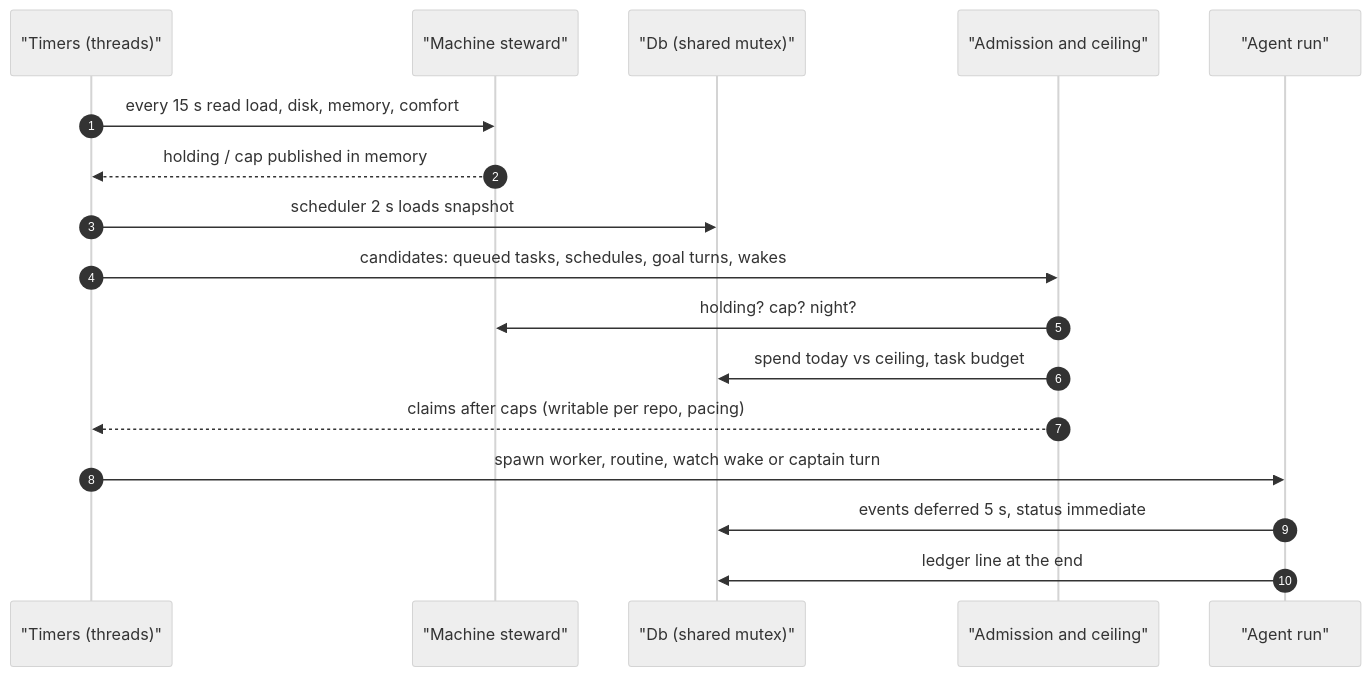
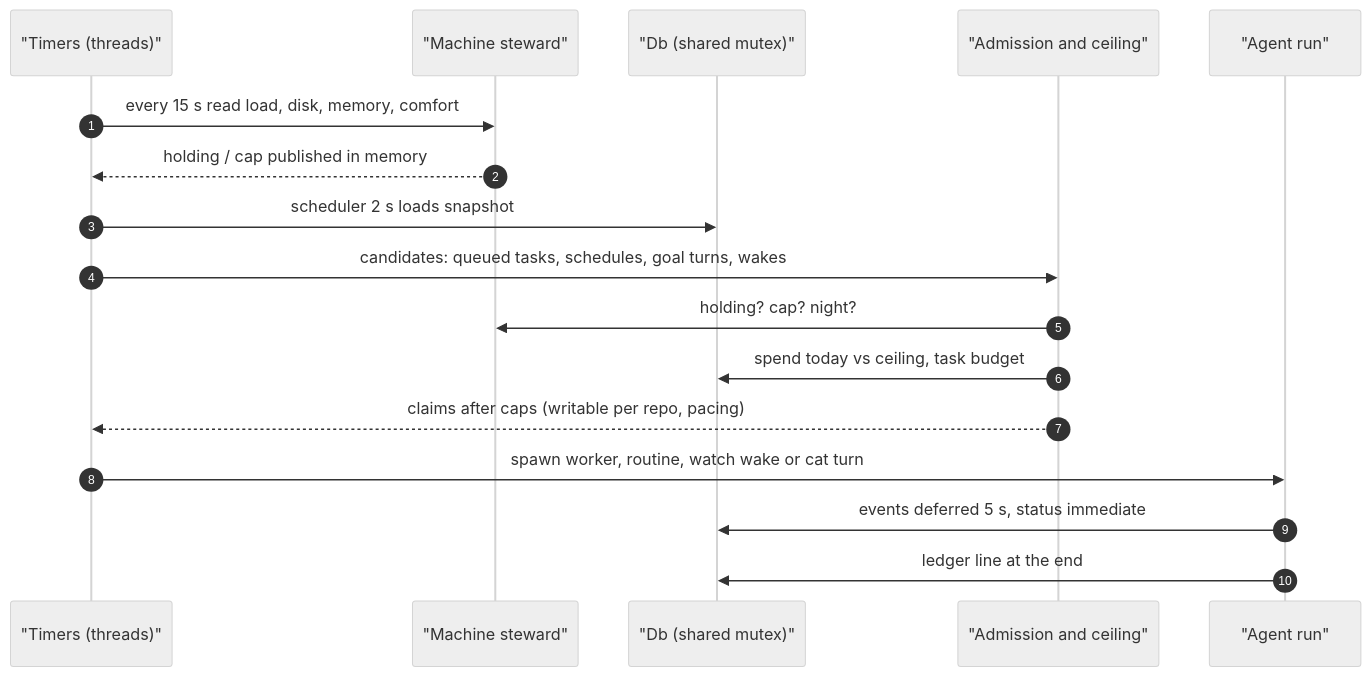
The second of 7 diagrams in docs/architecture/system-map-2026-11.md (NishantEC/neko), drawn with Mermaid (neutral theme) before and after one commit. The commit also changed other lines of this file and 52 other files, not shown here.

First line of the commit message:
refactor(cats): Neko's words: captain becomes cat everywhere

````diff
--- a/docs/architecture/system-map-2026-11.md
+++ b/docs/architecture/system-map-2026-11.md
@@ -204,19 +204,19 @@
 ```mermaid
 sequenceDiagram
   autonumber
   participant T as "Timers (threads)"
   participant S as "Machine steward"
   participant D as "Db (shared mutex)"
   participant A as "Admission and ceiling"
   participant R as "Agent run"
   T->>S: every 15 s read load, disk, memory, comfort
   S-->>T: holding / cap published in memory
   T->>D: scheduler 2 s loads snapshot
   T->>A: candidates: queued tasks, schedules, goal turns, wakes
   A->>S: holding? cap? night?
   A->>D: spend today vs ceiling, task budget
   A-->>T: claims after caps (writable per repo, pacing)
-  T->>R: spawn worker, routine, watch wake or captain turn
+  T->>R: spawn worker, routine, watch wake or cat turn
   R->>D: events deferred 5 s, status immediate
   R->>D: ledger line at the end
 ```
````
